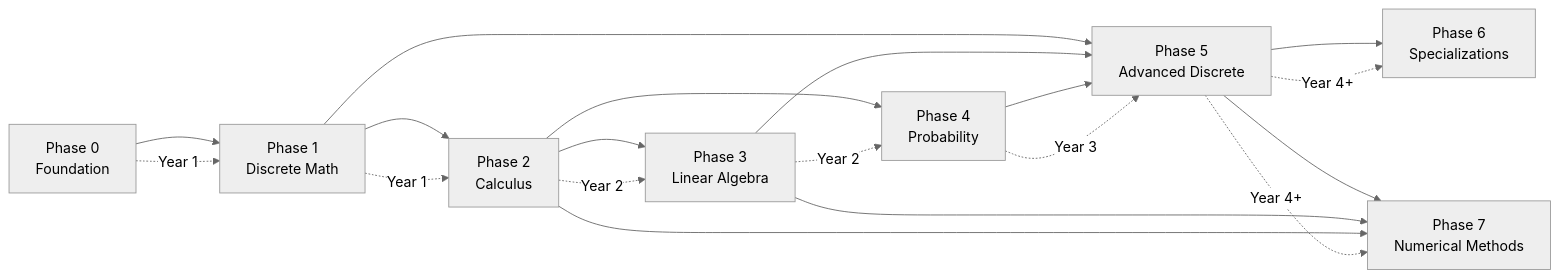
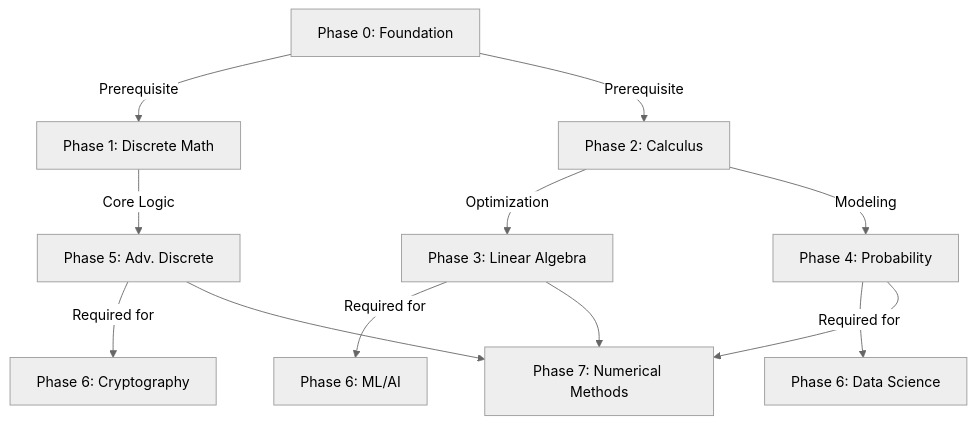
One commit to Aliriyaj007/Complete-mathematics-roadmap-for-computer-science-students changed the first of 2 diagrams in README.md. Above: the diagram before and after it, drawn with Mermaid (neutral theme). The commit also changed other lines of this file, not shown here.

````diff
--- a/README.md
+++ b/README.md
@@ -116,26 +53,12 @@
 ```mermaid
-flowchart LR
-    P0[Phase 0<br>Foundation] --> P1[Phase 1<br>Discrete Math] --> P2[Phase 2<br>Calculus]
-    
-    P2 --> P3[Phase 3<br>Linear Algebra]
-    P2 --> P4[Phase 4<br>Probability]
-    
-    P1 --> P5[Phase 5<br>Advanced Discrete]
-    P3 --> P5
-    P4 --> P5
-    
-    P5 --> P6[Phase 6<br>Specializations]
-    P5 --> P7[Phase 7<br>Numerical Methods]
-    
-    P3 --> P7
-    P2 --> P7
-    
-    %% Timeline indicators
-    P0 -.->|Year 1| P1
-    P1 -.->|Year 1| P2
-    P2 -.->|Year 2| P3
-    P3 -.->|Year 2| P4
-    P4 -.->|Year 3| P5
-    P5 -.->|Year 4+| P6
-    P5 -.->|Year 4+| P7
+graph TD
+    A[Phase 0: Foundation] -->|Prerequisite| B[Phase 1: Discrete Math]
+    A -->|Prerequisite| C[Phase 2: Calculus]
+    B -->|Core Logic| D[Phase 5: Adv. Discrete]
+    C -->|Optimization| E[Phase 3: Linear Algebra]
+    C -->|Modeling| F[Phase 4: Probability]
+    E -->|Required for| G[Phase 6: ML/AI]
+    F -->|Required for| H[Phase 6: Data Science]
+    D -->|Required for| I[Phase 6: Cryptography]
+    E & F & D --> J[Phase 7: Numerical Methods]
 ```
````
